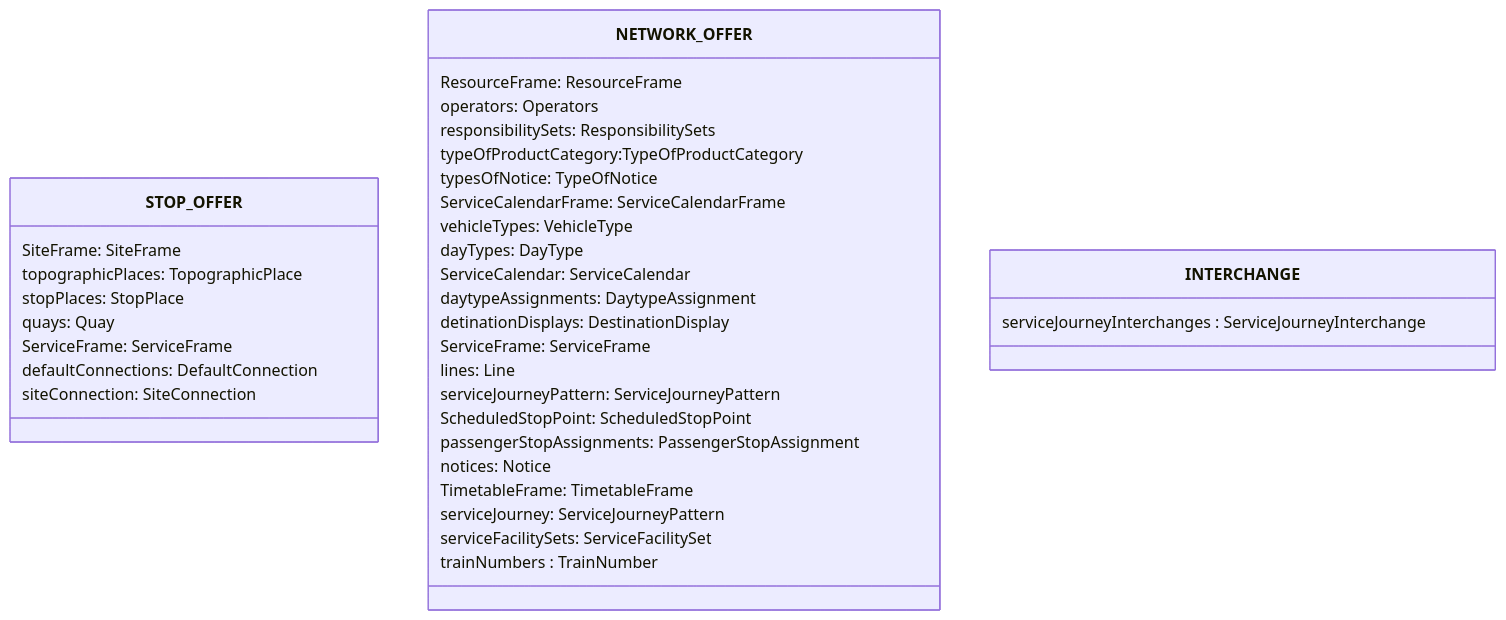
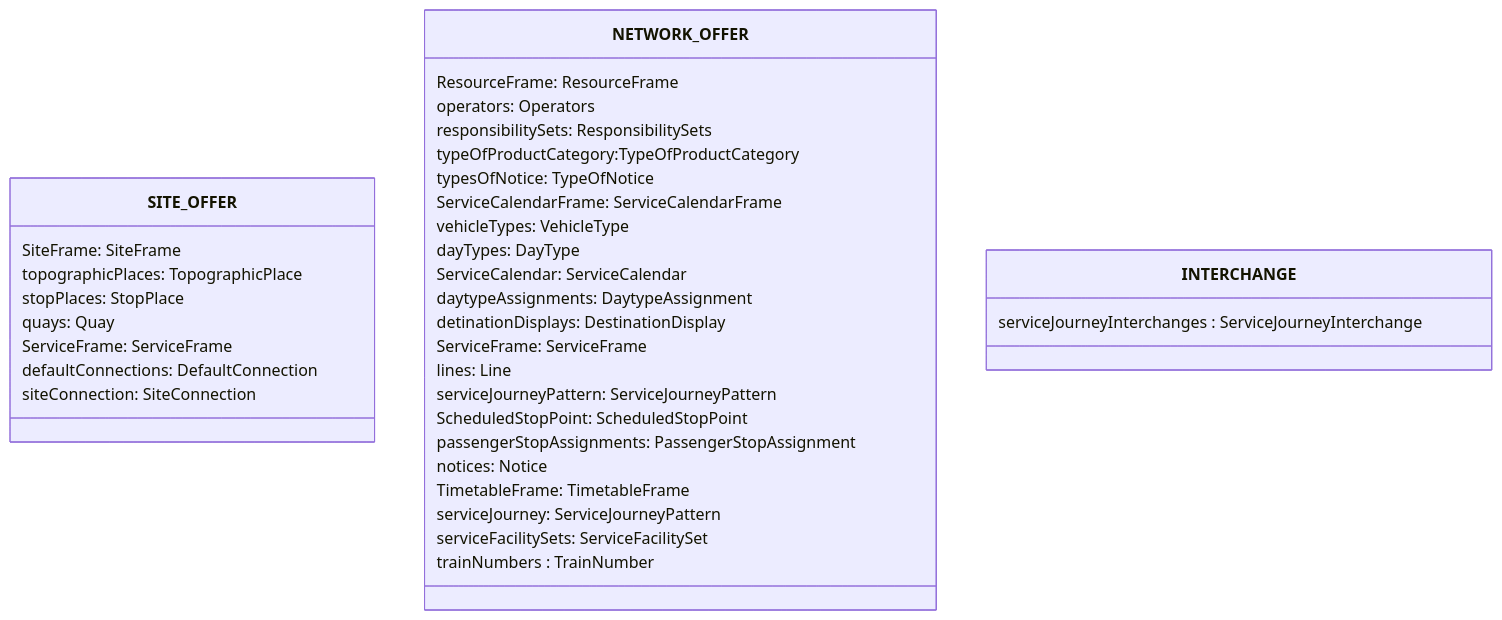
Before and after one commit to openTdataCH/netexRealisationGuideSwitzerland: the diagram in src/02_files.md, drawn with Mermaid. The commit also changed other lines of this file, not shown here.

Commit message:
STOP_OFFER -> SITE_OFFER

````diff
--- a/src/02_files.md
+++ b/src/02_files.md
@@ -87,39 +87,39 @@
 ```mermaid
 classDiagram
-class STOP_OFFER{
+class SITE_OFFER{
     SiteFrame: SiteFrame
     topographicPlaces: TopographicPlace
     stopPlaces: StopPlace
     quays: Quay
     ServiceFrame: ServiceFrame
     defaultConnections: DefaultConnection
     siteConnection: SiteConnection
 } 
 
 class NETWORK_OFFER{
     ResourceFrame: ResourceFrame
     operators: Operators
     responsibilitySets: ResponsibilitySets
     typeOfProductCategory:TypeOfProductCategory
     typesOfNotice: TypeOfNotice
     ServiceCalendarFrame: ServiceCalendarFrame
     vehicleTypes: VehicleType
     dayTypes: DayType 
     ServiceCalendar: ServiceCalendar
     daytypeAssignments: DaytypeAssignment
     detinationDisplays: DestinationDisplay
     ServiceFrame: ServiceFrame
     lines: Line
     serviceJourneyPattern: ServiceJourneyPattern
     ScheduledStopPoint: ScheduledStopPoint
     passengerStopAssignments: PassengerStopAssignment
     notices: Notice
     TimetableFrame: TimetableFrame
     serviceJourney: ServiceJourneyPattern
     serviceFacilitySets: ServiceFacilitySet
     trainNumbers : TrainNumber
 }
 class INTERCHANGE {
     serviceJourneyInterchanges : ServiceJourneyInterchange
 }
 ```
````
